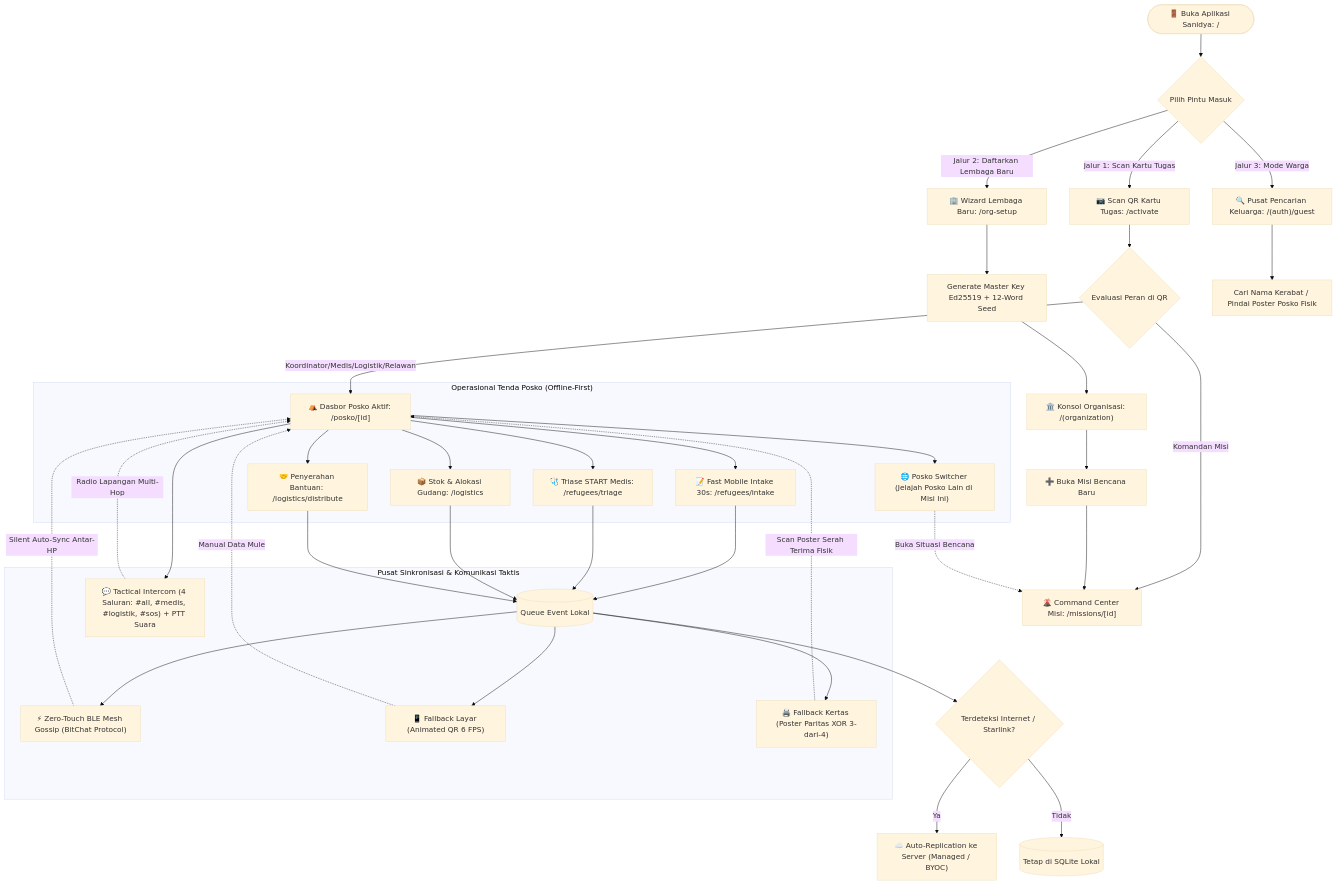
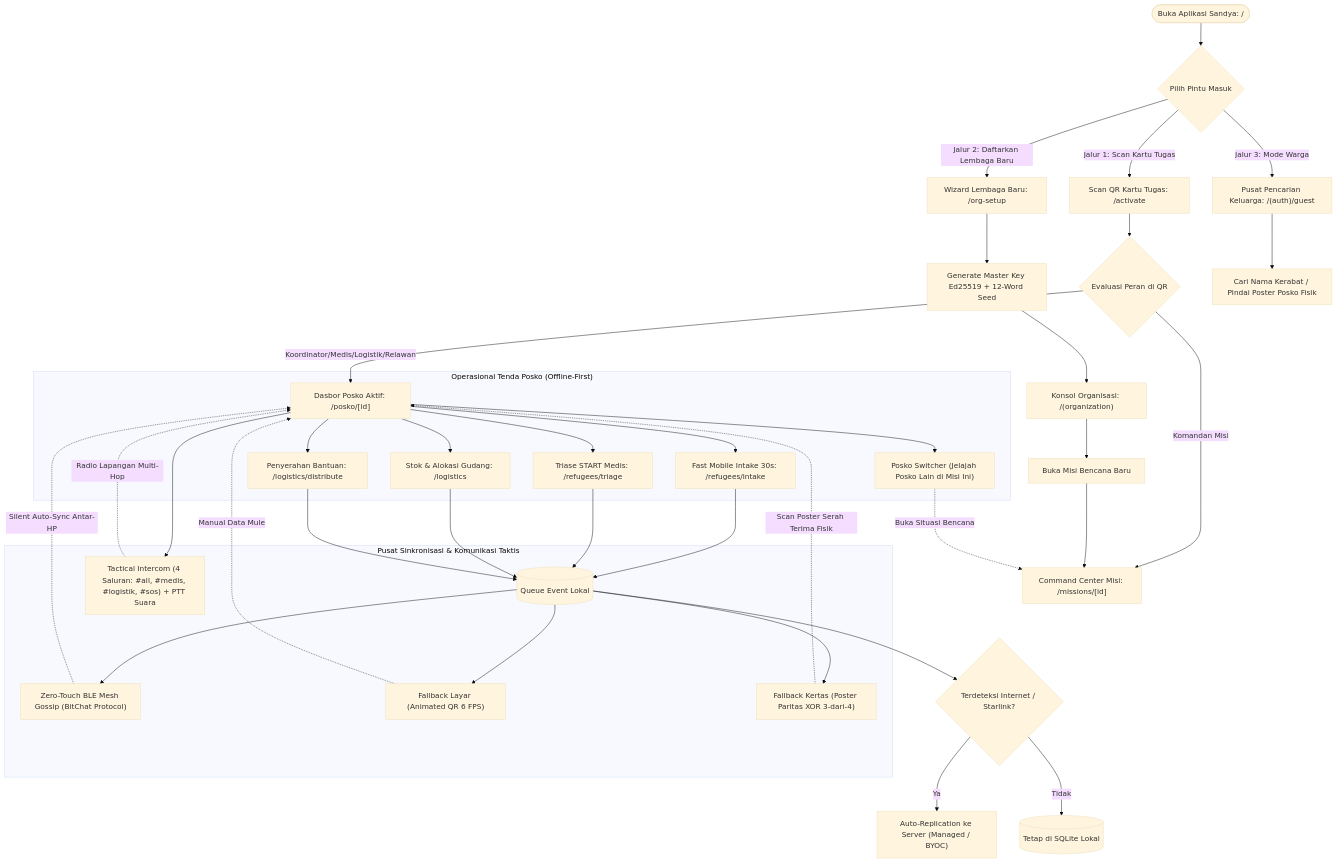
The diagram in docs/userflow/00-arsitektur-dan-peta-userflow.md (untacorp/sandya), drawn with Mermaid (base theme) before and after one commit. The commit also changed other lines of this file and 218 other files, not shown here.

First line of the commit message:
feat: complete Sandya rebranding, local-first sqlite to cloud pipeline, zero-mock cleanup, and production metadata

````diff
--- a/docs/userflow/00-arsitektur-dan-peta-userflow.md
+++ b/docs/userflow/00-arsitektur-dan-peta-userflow.md
@@ -63,51 +63,51 @@
 ```mermaid
 flowchart TD
-    StartGate([🚪 Buka Aplikasi Sanidya: /]) --> Gateway{"Pilih Pintu Masuk"}
+  StartGate([ Buka Aplikasi Sandya: /]) --> Gateway{"Pilih Pintu Masuk"}
 
-    %% Jalur 1: Anggota Tim (Medis, Logistik, Relawan)
-    Gateway -->|Jalur 1: Scan Kartu Tugas| ScanPass["📷 Scan QR Kartu Tugas: /activate"]
-    ScanPass --> DirectLanding{"Evaluasi Peran di QR"}
-    DirectLanding -->|Komandan Misi| MissionHub["🌋 Command Center Misi: /missions/[id]"]
-    DirectLanding -->|Koordinator/Medis/Logistik/Relawan| PoskoWorkspace["⛺ Dasbor Posko Aktif: /posko/[id]"]
+  %% Jalur 1: Anggota Tim (Medis, Logistik, Relawan)
+  Gateway -->|Jalur 1: Scan Kartu Tugas| ScanPass[" Scan QR Kartu Tugas: /activate"]
+  ScanPass --> DirectLanding{"Evaluasi Peran di QR"}
+  DirectLanding -->|Komandan Misi| MissionHub[" Command Center Misi: /missions/[id]"]
+  DirectLanding -->|Koordinator/Medis/Logistik/Relawan| PoskoWorkspace[" Dasbor Posko Aktif: /posko/[id]"]
 
-    %% Jalur 2: Pimpinan Lembaga
-    Gateway -->|Jalur 2: Daftarkan Lembaga Baru| OrgSetup["🏢 Wizard Lembaga Baru: /org-setup"]
-    OrgSetup --> GenMasterKey["Generate Master Key Ed25519 + 12-Word Seed"]
-    GenMasterKey --> OrgConsole["🏛️ Konsol Organisasi: /(organization)"]
-    OrgConsole --> CreateMissionAction["➕ Buka Misi Bencana Baru"]
-    CreateMissionAction --> MissionHub
+  %% Jalur 2: Pimpinan Lembaga
+  Gateway -->|Jalur 2: Daftarkan Lembaga Baru| OrgSetup[" Wizard Lembaga Baru: /org-setup"]
+  OrgSetup --> GenMasterKey["Generate Master Key Ed25519 + 12-Word Seed"]
+  GenMasterKey --> OrgConsole[" Konsol Organisasi: /(organization)"]
+  OrgConsole --> CreateMissionAction[" Buka Misi Bencana Baru"]
+  CreateMissionAction --> MissionHub
 
-    %% Jalur 3: Mode Warga
-    Gateway -->|Jalur 3: Mode Warga| GuestHub["🔍 Pusat Pencarian Keluarga: /(auth)/guest"]
-    GuestHub --> SearchRelatives["Cari Nama Kerabat / Pindai Poster Posko Fisik"]
+  %% Jalur 3: Mode Warga
+  Gateway -->|Jalur 3: Mode Warga| GuestHub[" Pusat Pencarian Keluarga: /(auth)/guest"]
+  GuestHub --> SearchRelatives["Cari Nama Kerabat / Pindai Poster Posko Fisik"]
 
-    %% Operasional Lapangan
-    subgraph Cluster_Posko ["Operasional Tenda Posko (Offline-First)"]
-        PoskoWorkspace --> FastIntake["📝 Fast Mobile Intake 30s: /refugees/intake"]
-        PoskoWorkspace --> MedTriage["🩺 Triase START Medis: /refugees/triage"]
-        PoskoWorkspace --> LogLedger["📦 Stok & Alokasi Gudang: /logistics"]
-        PoskoWorkspace --> AidDelivery["🤝 Penyerahan Bantuan: /logistics/distribute"]
-        PoskoWorkspace --> PoskoSwitcher["🌐 Posko Switcher (Jelajah Posko Lain di Misi Ini)"]
-    end
+  %% Operasional Lapangan
+  subgraph Cluster_Posko ["Operasional Tenda Posko (Offline-First)"]
+  PoskoWorkspace --> FastIntake[" Fast Mobile Intake 30s: /refugees/intake"]
+  PoskoWorkspace --> MedTriage[" Triase START Medis: /refugees/triage"]
+  PoskoWorkspace --> LogLedger[" Stok & Alokasi Gudang: /logistics"]
+  PoskoWorkspace --> AidDelivery[" Penyerahan Bantuan: /logistics/distribute"]
+  PoskoWorkspace --> PoskoSwitcher[" Posko Switcher (Jelajah Posko Lain di Misi Ini)"]
+  end
 
-    PoskoSwitcher -.->|Buka Situasi Bencana| MissionHub
+  PoskoSwitcher -.->|Buka Situasi Bencana| MissionHub
 
-    %% Pertukaran Data & Komunikasi Taktis
-    subgraph Cluster_Mesh_Sync ["Pusat Sinkronisasi & Komunikasi Taktis"]
-        FastIntake & MedTriage & LogLedger & AidDelivery --> OutboxQueue[("Queue Event Lokal")]
-        OutboxQueue --> MeshAutoGossip["⚡ Zero-Touch BLE Mesh Gossip (BitChat Protocol)"]
-        PoskoWorkspace --> TacticalChat["💬 Tactical Intercom (4 Saluran: #all, #medis, #logistik, #sos) + PTT Suara"]
-        OutboxQueue --> SyncAnimated["📱 Fallback Layar (Animated QR 6 FPS)"]
-        OutboxQueue --> SyncPoster["🖨️ Fallback Kertas (Poster Paritas XOR 3-dari-4)"]
-    end
+  %% Pertukaran Data & Komunikasi Taktis
+  subgraph Cluster_Mesh_Sync ["Pusat Sinkronisasi & Komunikasi Taktis"]
+  FastIntake & MedTriage & LogLedger & AidDelivery --> OutboxQueue[("Queue Event Lokal")]
+  OutboxQueue --> MeshAutoGossip[" Zero-Touch BLE Mesh Gossip (BitChat Protocol)"]
+  PoskoWorkspace --> TacticalChat[" Tactical Intercom (4 Saluran: #all, #medis, #logistik, #sos) + PTT Suara"]
+  OutboxQueue --> SyncAnimated[" Fallback Layar (Animated QR 6 FPS)"]
+  OutboxQueue --> SyncPoster[" Fallback Kertas (Poster Paritas XOR 3-dari-4)"]
+  end
 
-    MeshAutoGossip -.->|Silent Auto-Sync Antar-HP| PoskoWorkspace
-    TacticalChat -.->|Radio Lapangan Multi-Hop| PoskoWorkspace
-    SyncAnimated -.->|Manual Data Mule| PoskoWorkspace
-    SyncPoster -.->|Scan Poster Serah Terima Fisik| PoskoWorkspace
+  MeshAutoGossip -.->|Silent Auto-Sync Antar-HP| PoskoWorkspace
+  TacticalChat -.->|Radio Lapangan Multi-Hop| PoskoWorkspace
+  SyncAnimated -.->|Manual Data Mule| PoskoWorkspace
+  SyncPoster -.->|Scan Poster Serah Terima Fisik| PoskoWorkspace
 
-    %% Sinkronisasi Cloud
-    OutboxQueue --> DetectNet{"Terdeteksi Internet / Starlink?"}
-    DetectNet -->|Ya| AutoReplicate["☁️ Auto-Replication ke Server (Managed / BYOC)"]
-    DetectNet -->|Tidak| KeepLocal[("Tetap di SQLite Lokal")]
+  %% Sinkronisasi Cloud
+  OutboxQueue --> DetectNet{"Terdeteksi Internet / Starlink?"}
+  DetectNet -->|Ya| AutoReplicate[" Auto-Replication ke Server (Managed / BYOC)"]
+  DetectNet -->|Tidak| KeepLocal[("Tetap di SQLite Lokal")]
 ```
````
